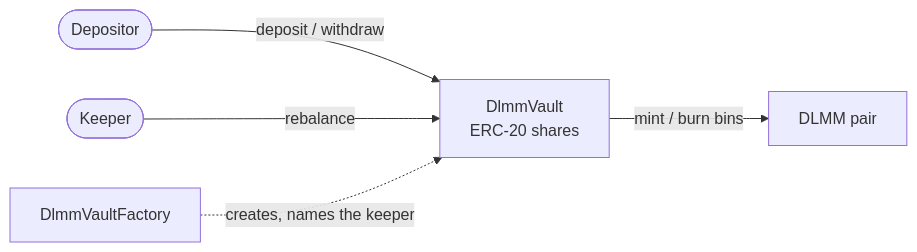
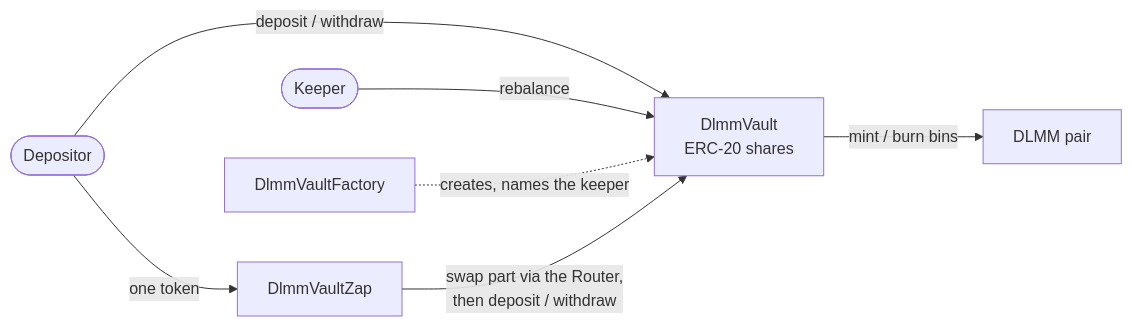
One commit to FathomPools/fathom-contracts changed the second of 3 diagrams in README.md. Above: the diagram before and after it, drawn with Mermaid. The commit also changed other lines of this file and 5 other files, not shown here.

First line of the commit message:
Zap: DlmmVaultZap (one-token vault deposits and withdrawals)

````diff
--- a/README.md
+++ b/README.md
@@ -152,7 +156,9 @@
 ```mermaid
 flowchart LR
     U([Depositor]) -->|deposit / withdraw| V[DlmmVault<br/>ERC-20 shares]
     K([Keeper]) -->|rebalance| V
     V -->|mint / burn bins| P[DLMM pair]
     F[DlmmVaultFactory] -.->|creates, names the keeper| V
+    Z[DlmmVaultZap] -->|swap part via the Router,<br/>then deposit / withdraw| V
+    U -->|one token| Z
 ```
````
